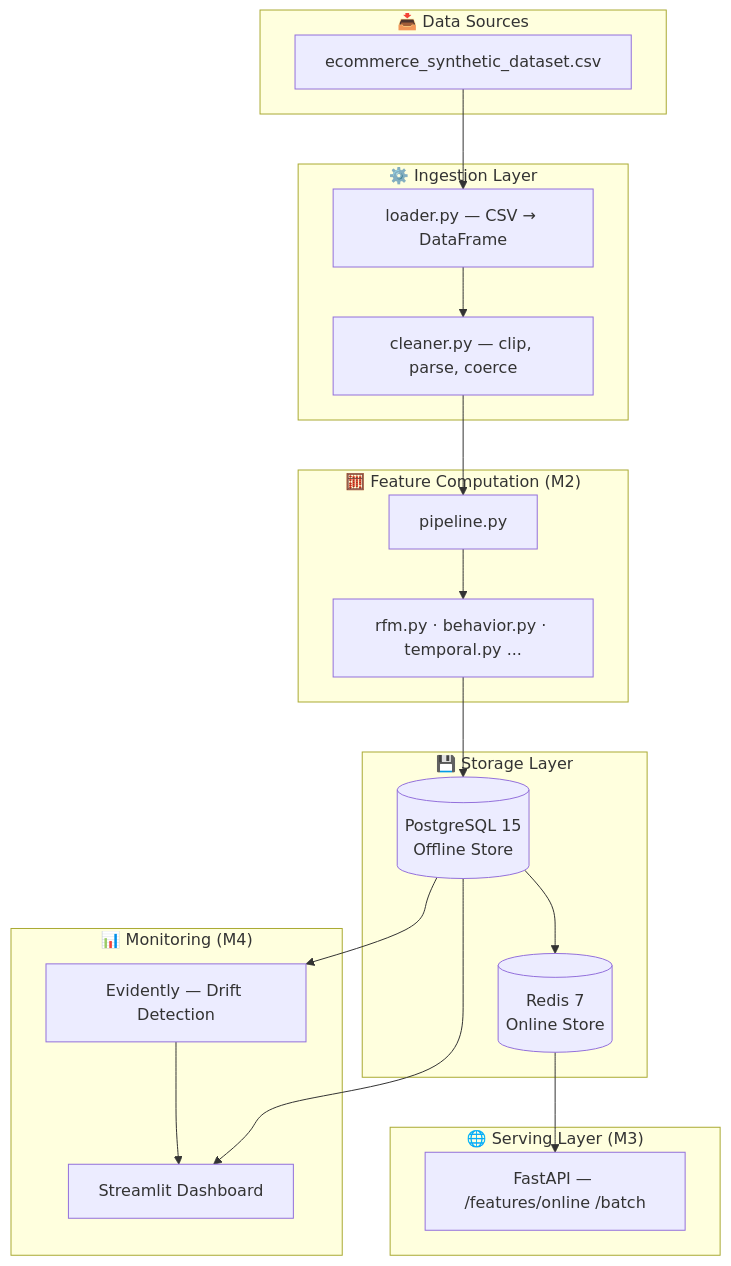
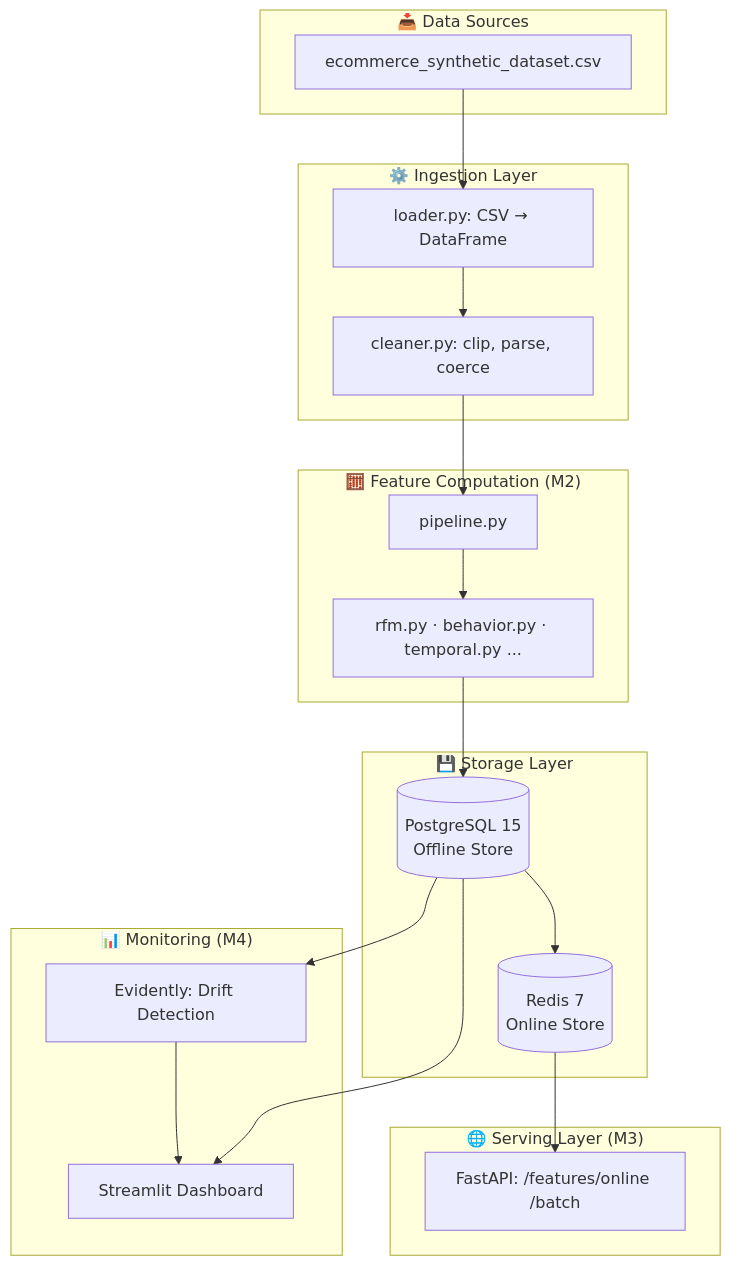
The diagram in README.md (ne-he/Feature_shopz), drawn with Mermaid before and after one commit. The commit also changed other lines of this file, not shown here.

````diff
--- a/README.md
+++ b/README.md
@@ -13,36 +20,36 @@
 ```mermaid
 flowchart TB
     subgraph Sources["📥 Data Sources"]
         CSV[ecommerce_synthetic_dataset.csv]
     end
 
     subgraph Ingestion["⚙️ Ingestion Layer"]
-        LOAD[loader.py — CSV → DataFrame]
-        CLEAN[cleaner.py — clip, parse, coerce]
+        LOAD[loader.py: CSV → DataFrame]
+        CLEAN[cleaner.py: clip, parse, coerce]
     end
 
     subgraph Compute["🧮 Feature Computation (M2)"]
         PIPE[pipeline.py]
         RFM[rfm.py · behavior.py · temporal.py ...]
     end
 
     subgraph Storage["💾 Storage Layer"]
         PG[(PostgreSQL 15\nOffline Store)]
         REDIS[(Redis 7\nOnline Store)]
     end
 
     subgraph Serving["🌐 Serving Layer (M3)"]
-        API[FastAPI — /features/online /batch]
+        API[FastAPI: /features/online /batch]
     end
 
     subgraph Monitoring["📊 Monitoring (M4)"]
         DASH[Streamlit Dashboard]
-        DRIFT[Evidently — Drift Detection]
+        DRIFT[Evidently: Drift Detection]
     end
 
     CSV --> LOAD --> CLEAN --> PIPE --> RFM --> PG
     PG --> REDIS
     REDIS --> API
     PG --> DASH
     PG --> DRIFT --> DASH
 ```
````
